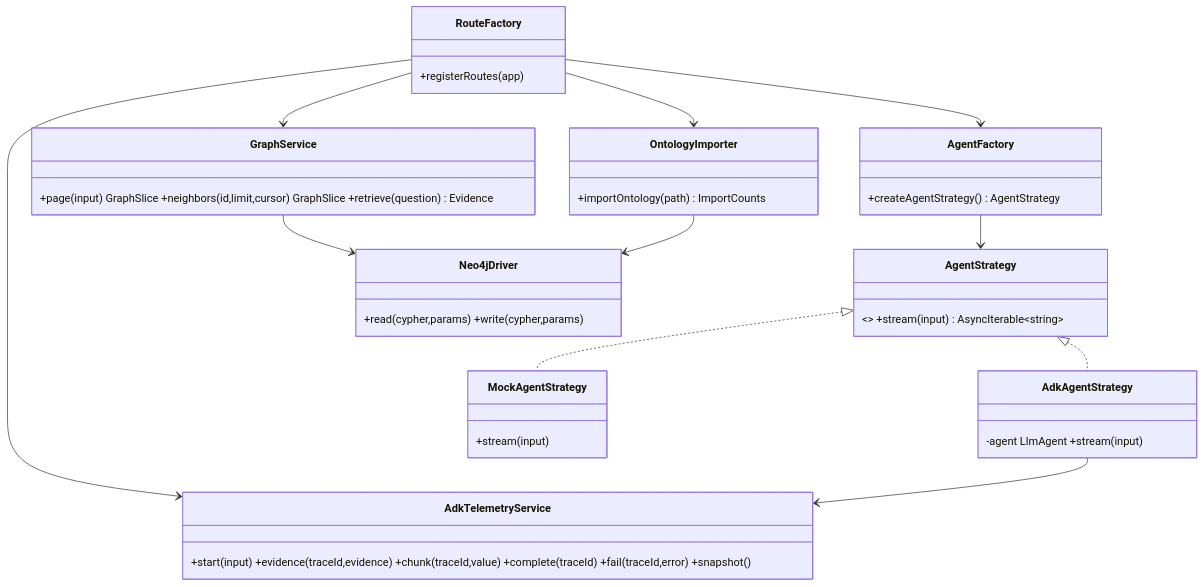
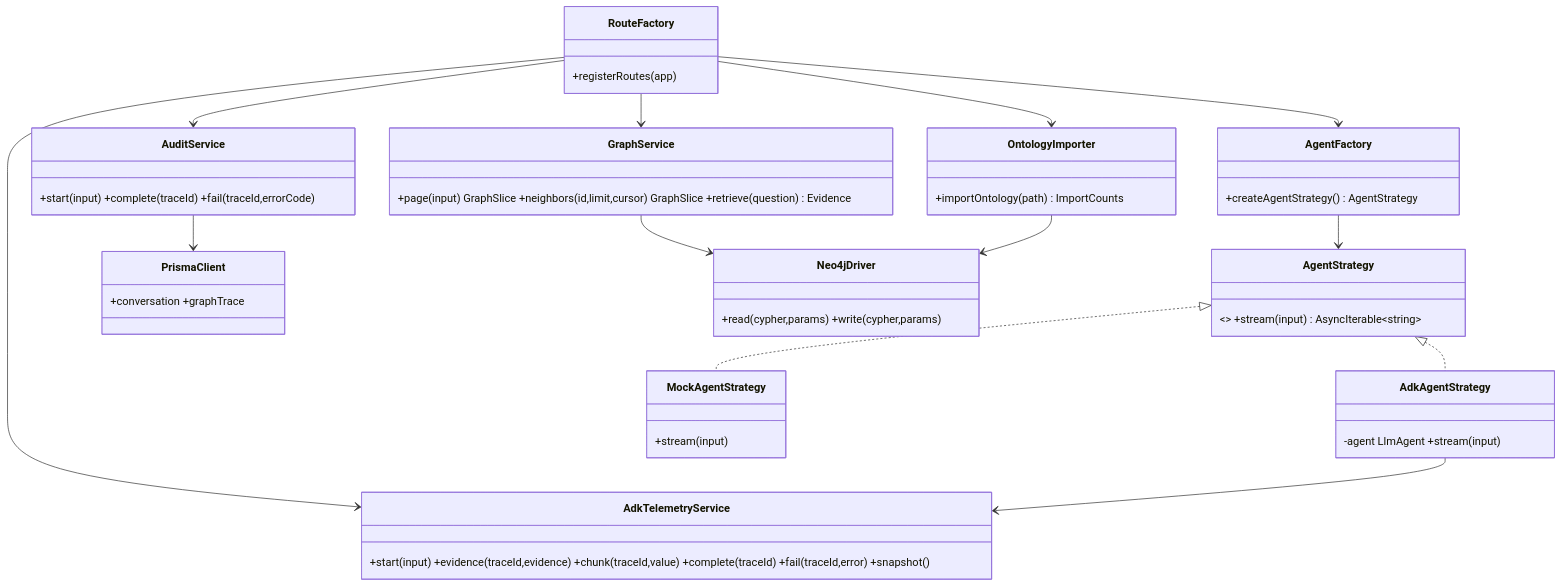
Before and after one commit to biswajitNanda223/may-the-knowledge-be-with-you: the first of 6 diagrams in docs/LLD.md, drawn with Mermaid. The commit also changed other lines of this file and 18 other files, not shown here.

First line of the commit message:
fix(audit): restore durable Prisma storage

````diff
--- a/docs/LLD.md
+++ b/docs/LLD.md
@@ -5,23 +5,27 @@
 ```mermaid
 classDiagram
   class RouteFactory { +registerRoutes(app) }
   class GraphService { +page(input) GraphSlice +neighbors(id,limit,cursor) GraphSlice +retrieve(question) Evidence }
   class AgentStrategy { <<interface>> +stream(input) AsyncIterable~string~ }
   class AdkAgentStrategy { -agent LlmAgent +stream(input) }
   class MockAgentStrategy { +stream(input) }
   class AgentFactory { +createAgentStrategy() AgentStrategy }
   class OntologyImporter { +importOntology(path) ImportCounts }
   class AdkTelemetryService { +start(input) +evidence(traceId,evidence) +chunk(traceId,value) +complete(traceId) +fail(traceId,error) +snapshot() }
+  class AuditService { +start(input) +complete(traceId) +fail(traceId,errorCode) }
+  class PrismaClient { +conversation +graphTrace }
   class Neo4jDriver { +read(cypher,params) +write(cypher,params) }
 
   RouteFactory --> GraphService
   RouteFactory --> AgentFactory
   RouteFactory --> OntologyImporter
   RouteFactory --> AdkTelemetryService
+  RouteFactory --> AuditService
   AgentFactory --> AgentStrategy
   AgentStrategy <|.. AdkAgentStrategy
   AgentStrategy <|.. MockAgentStrategy
   GraphService --> Neo4jDriver
   OntologyImporter --> Neo4jDriver
   AdkAgentStrategy --> AdkTelemetryService
+  AuditService --> PrismaClient
 ```
````
